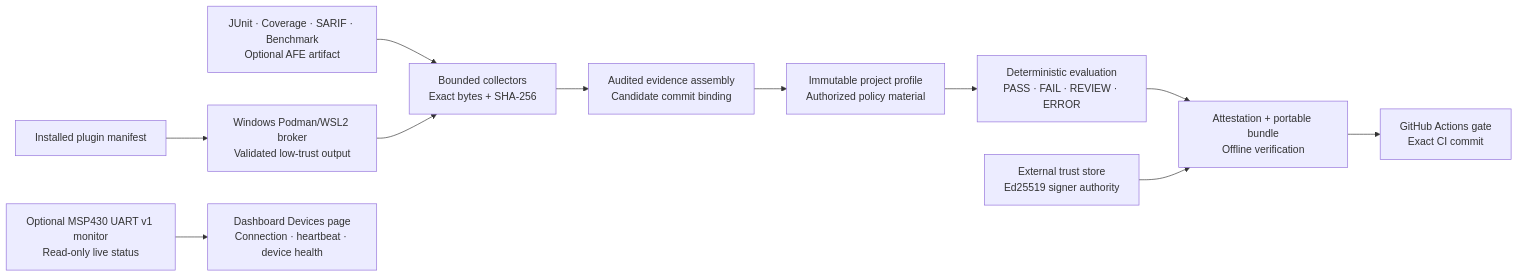
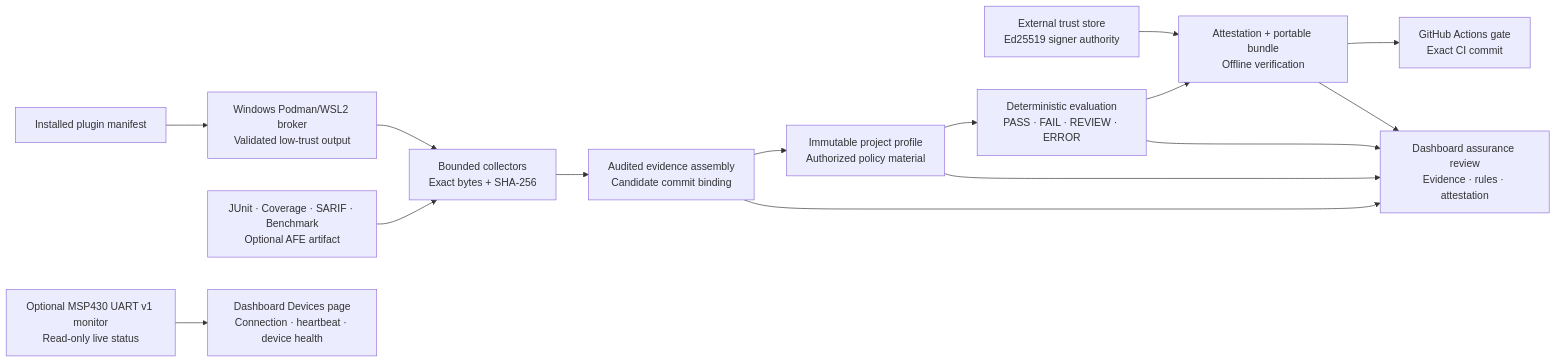
One commit to Carlos-0798/forgegate changed the diagram in README.md. Above: the diagram before and after it, drawn with Mermaid. The commit also changed other lines of this file and 40 other files, not shown here.

Commit message:
feat: add dashboard assurance review

````diff
--- a/README.md
+++ b/README.md
@@ -41,20 +41,25 @@
 ```mermaid
 flowchart LR
     A["JUnit · Coverage · SARIF · Benchmark<br/>Optional AFE artifact"]
     B["Bounded collectors<br/>Exact bytes + SHA-256"]
     C["Audited evidence assembly<br/>Candidate commit binding"]
     D["Immutable project profile<br/>Authorized policy material"]
     E["Deterministic evaluation<br/>PASS · FAIL · REVIEW · ERROR"]
     F["Attestation + portable bundle<br/>Offline verification"]
     G["GitHub Actions gate<br/>Exact CI commit"]
     H["External trust store<br/>Ed25519 signer authority"]
     I["Installed plugin manifest"]
     J["Windows Podman/WSL2 broker<br/>Validated low-trust output"]
     M["Optional MSP430 UART v1 monitor<br/>Read-only live status"]
     W["Dashboard Devices page<br/>Connection · heartbeat · device health"]
+    X["Dashboard assurance review<br/>Evidence · rules · attestation"]
 
     A --> B --> C --> D --> E --> F --> G
     H --> F
     I --> J --> B
     M --> W
+    C --> X
+    D --> X
+    E --> X
+    F --> X
 ```
````
